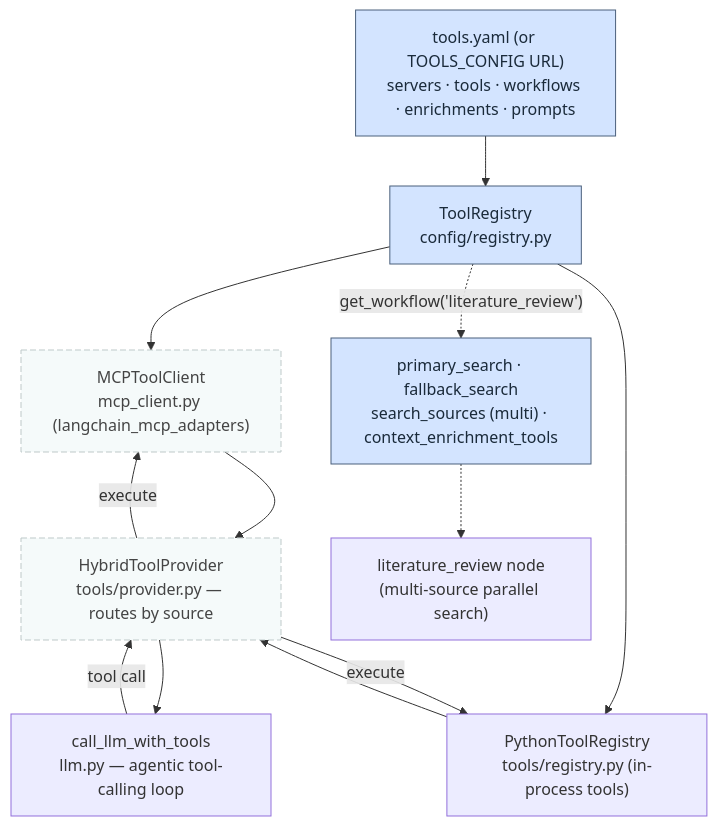
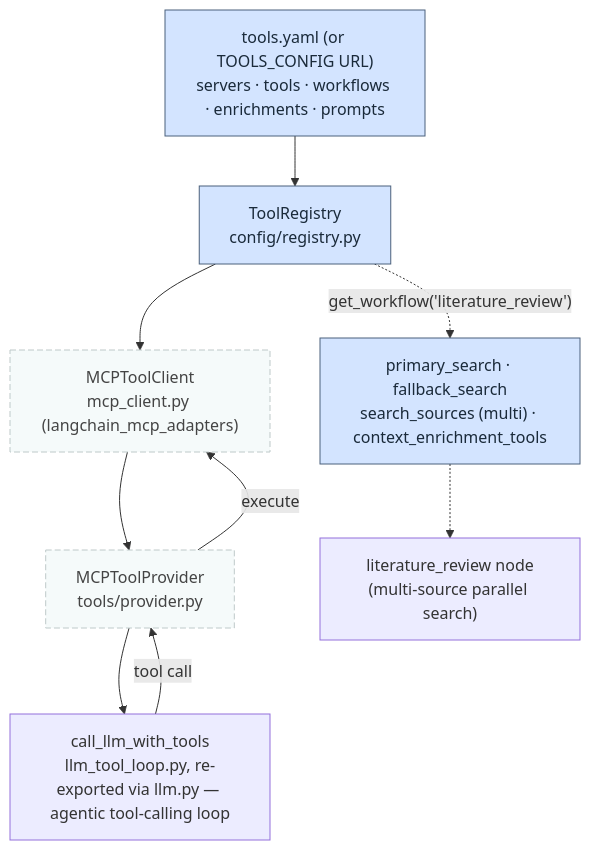
One commit to guy915/Co-Scientist changed the third of 4 diagrams in docs/EXPLAINER.md. Above: the diagram before and after it, drawn with Mermaid. The commit also changed other lines of this file and 11 other files, not shown here.

````diff
--- a/docs/EXPLAINER.md
+++ b/docs/EXPLAINER.md
@@ -195,21 +195,18 @@
 ```mermaid
 flowchart TD
   YAML["tools.yaml (or TOOLS_CONFIG URL)<br/>servers · tools · workflows · enrichments · prompts"]
   YAML --> TR["ToolRegistry<br/>config/registry.py"]
   TR --> MTC["MCPToolClient<br/>mcp_client.py (langchain_mcp_adapters)"]
-  TR --> PTR["PythonToolRegistry<br/>tools/registry.py (in-process tools)"]
-  MTC --> HTP["HybridToolProvider<br/>tools/provider.py — routes by source"]
-  PTR --> HTP
-  HTP --> CLT["call_llm_with_tools<br/>llm.py — agentic tool-calling loop"]
-  CLT -->|tool call| HTP
-  HTP -->|execute| MTC
-  HTP -->|execute| PTR
+  MTC --> MTP["MCPToolProvider<br/>tools/provider.py"]
+  MTP --> CLT["call_llm_with_tools<br/>llm_tool_loop.py, re-exported via llm.py — agentic tool-calling loop"]
+  CLT -->|tool call| MTP
+  MTP -->|execute| MTC
 
   TR -.->|"get_workflow('literature_review')"| LRW["primary_search · fallback_search<br/>search_sources (multi) · context_enrichment_tools"]
   LRW -.-> LIT["literature_review node<br/>(multi-source parallel search)"]
 
   classDef cfg fill:#D3E4FF,stroke:#4B607C,color:#1a2a3a;
   classDef mcp fill:#F5FAFA,stroke:#BEC9C9,stroke-dasharray: 6 3,color:#444;
   class YAML,TR,LRW cfg;
-  class MTC,HTP mcp;
+  class MTC,MTP mcp;
 ```
````
